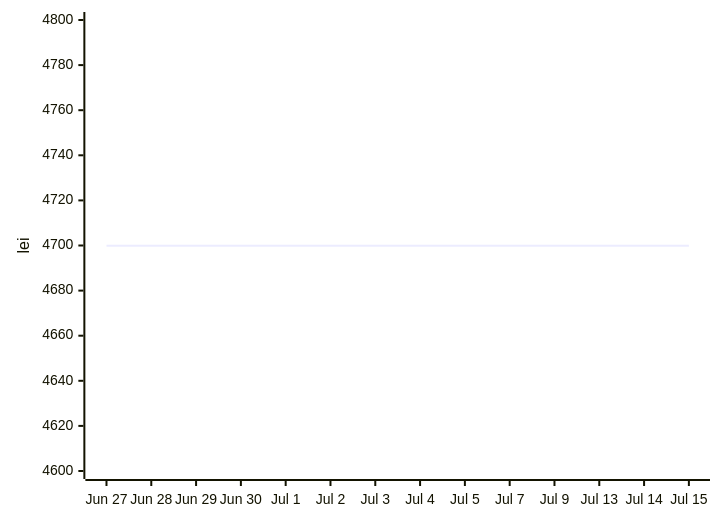
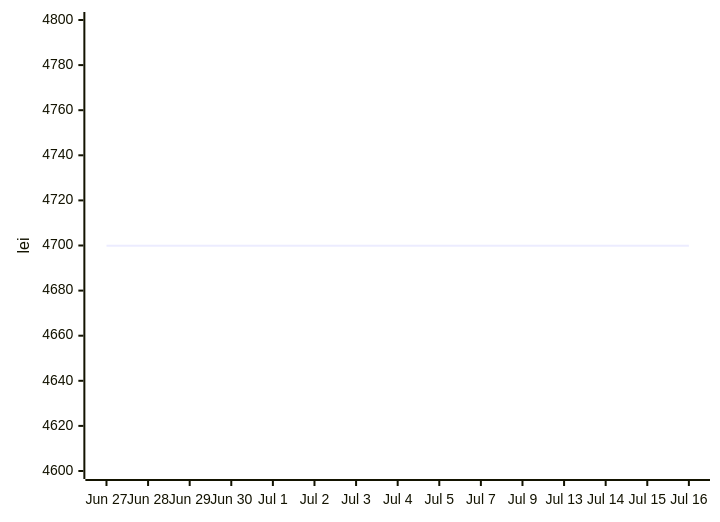
The first of 2 diagrams in README.md (anagheioan/laptop-price-monitor), drawn with Mermaid before and after one commit. The commit also changed other lines of this file and 1 other file, not shown here.

Commit message:
Price check 2026-07-16

````diff
--- a/README.md
+++ b/README.md
@@ -21,6 +21,6 @@
 ```mermaid
 xychart-beta
-    x-axis ["Jun 27", "Jun 28", "Jun 29", "Jun 30", "Jul 1", "Jul 2", "Jul 3", "Jul 4", "Jul 5", "Jul 7", "Jul 9", "Jul 13", "Jul 14", "Jul 15"]
+    x-axis ["Jun 27", "Jun 28", "Jun 29", "Jun 30", "Jul 1", "Jul 2", "Jul 3", "Jul 4", "Jul 5", "Jul 7", "Jul 9", "Jul 13", "Jul 14", "Jul 15", "Jul 16"]
     y-axis "lei" 4600 --> 4800
-    line [4699.9, 4699.9, 4699.9, 4699.9, 4699.9, 4699.9, 4699.9, 4699.9, 4699.9, 4699.9, 4699.9, 4699.9, 4699.9, 4699.9]
+    line [4699.9, 4699.9, 4699.9, 4699.9, 4699.9, 4699.9, 4699.9, 4699.9, 4699.9, 4699.9, 4699.9, 4699.9, 4699.9, 4699.9, 4699.9]
 ```
````
